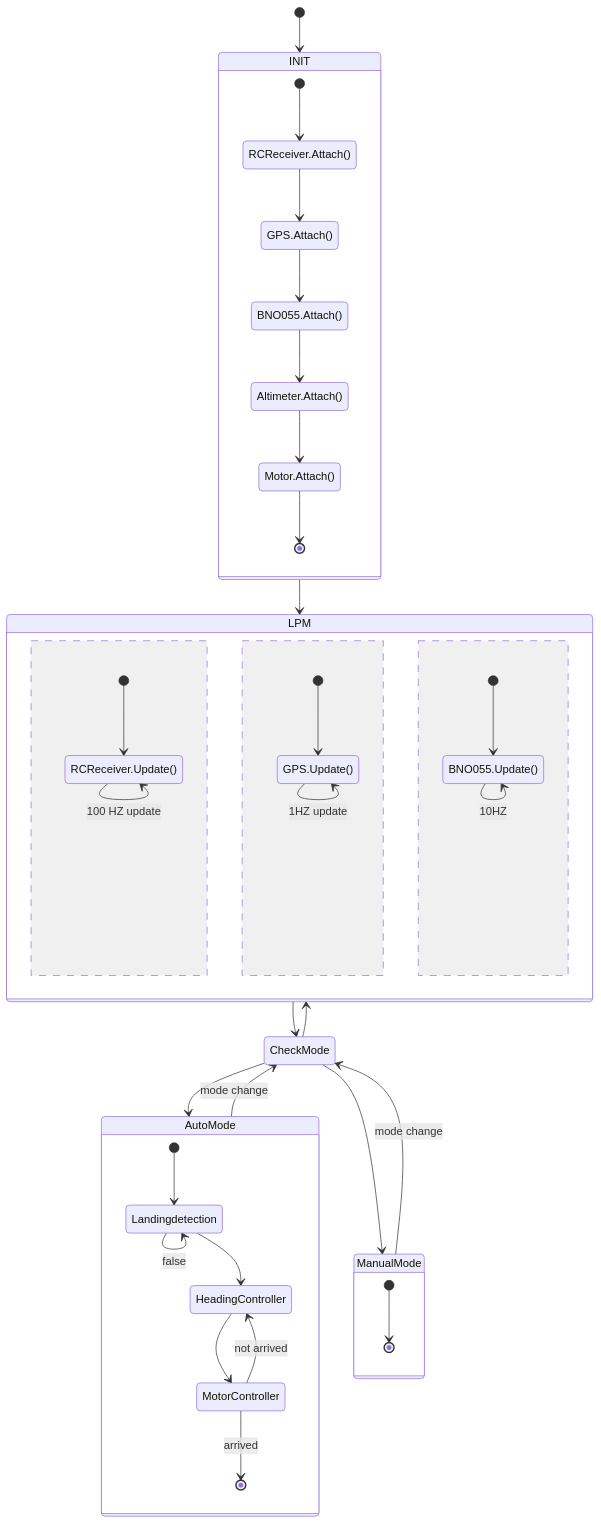
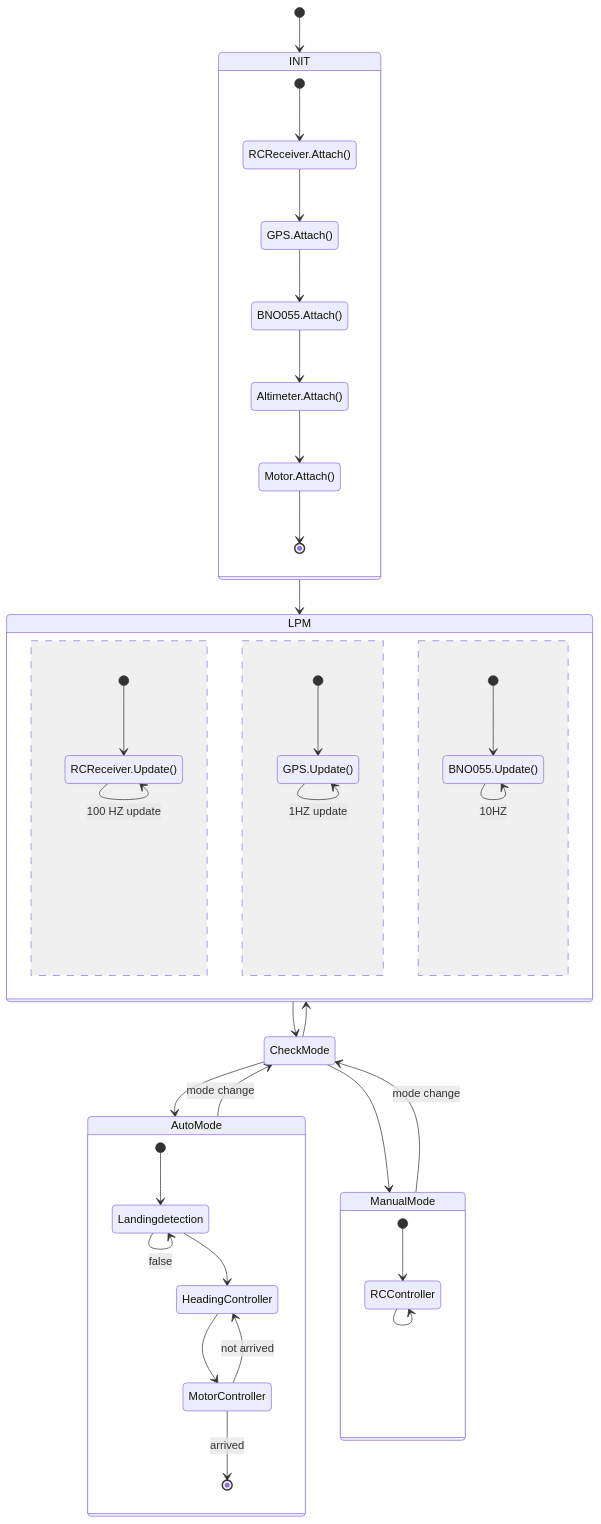
Before and after one commit to ubcuas/Airdrop-Software-2022: the fourth of 4 diagrams in docs/DESIGN.md, drawn with Mermaid. The commit also changed 1 other file, not shown here.

Commit message:
update main README

````diff
--- a/docs/DESIGN.md
+++ b/docs/DESIGN.md
@@ -183,54 +183,55 @@
 ```mermaid
 stateDiagram-v2
 [*] --> INIT
 
 state INIT {
 [*] --> RCReceiver.Attach()
 RCReceiver.Attach() --> GPS.Attach()
 GPS.Attach() --> BNO055.Attach()
 BNO055.Attach() --> Altimeter.Attach()
 Altimeter.Attach() --> Motor.Attach()
 Motor.Attach() --> [*]
 }
 
 INIT --> LPM
 
 state LPM {
   [*] --> RCReceiver.Update()
 
   RCReceiver.Update() --> RCReceiver.Update(): 100 HZ update
 
 --
 
   [*] --> GPS.Update()
   GPS.Update() --> GPS.Update(): 1HZ update
 
 --
   [*] --> BNO055.Update()
   BNO055.Update() --> BNO055.Update(): 10HZ
 }
 
 LPM --> CheckMode
 
 CheckMode --> AutoMode
 AutoMode --> CheckMode: mode change
 
 CheckMode --> ManualMode
 ManualMode --> CheckMode: mode change
 
 CheckMode --> LPM
 
 state AutoMode{
   [*] --> Landingdetection
   Landingdetection --> Landingdetection: false
   Landingdetection --> HeadingController
   HeadingController --> MotorController
   MotorController --> HeadingController: not arrived
   MotorController --> [*]: arrived
 }
 
 state ManualMode {
-  [*] --> [*]
+  [*] --> RCController
+  RCController --> RCController
 }
 
 ```
````
